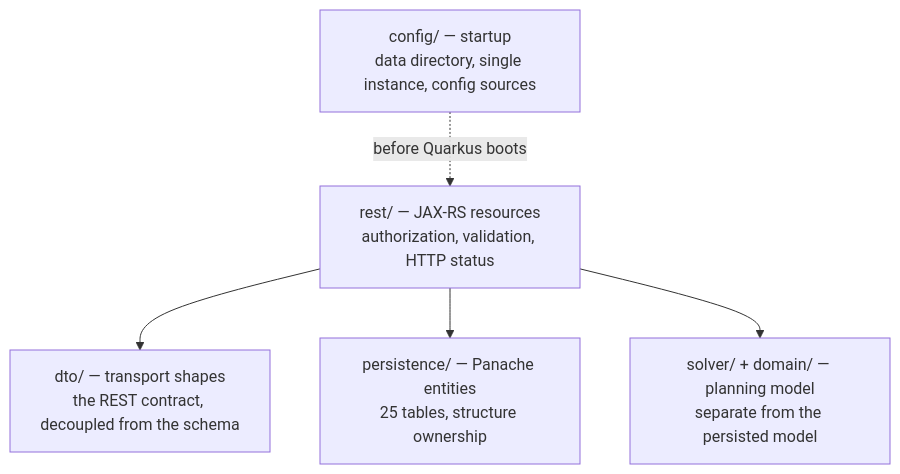
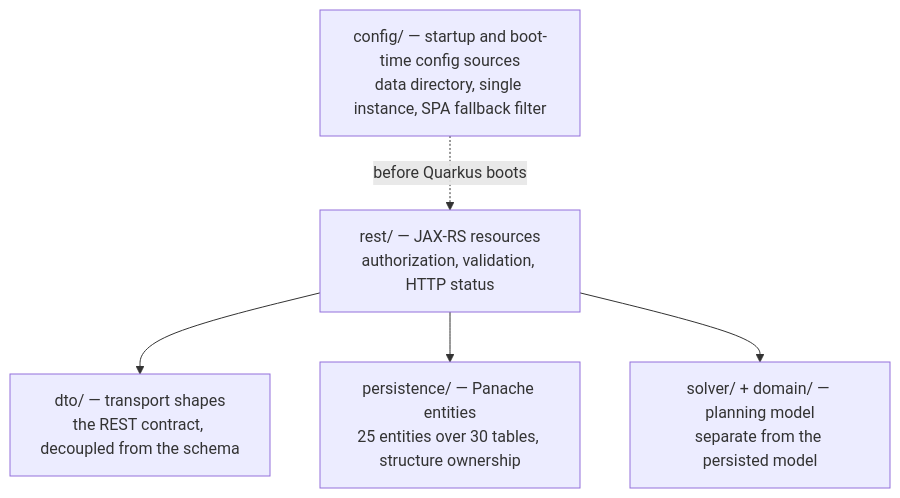
Before and after one commit to MirkoUgoliniDev/employee-scheduling: the third of 8 diagrams in docs/ARCHITECTURE.md, drawn with Mermaid. The commit also changed other lines of this file and 9 other files, not shown here.

````diff
--- a/docs/ARCHITECTURE.md
+++ b/docs/ARCHITECTURE.md
@@ -113,13 +123,13 @@
 ```mermaid
 flowchart TB
     R["rest/ — JAX-RS resources<br/>authorization, validation, HTTP status"]
     D["dto/ — transport shapes<br/>the REST contract, decoupled from the schema"]
-    P["persistence/ — Panache entities<br/>25 tables, structure ownership"]
+    P["persistence/ — Panache entities<br/>25 entities over 30 tables, structure ownership"]
     S["solver/ + domain/ — planning model<br/>separate from the persisted model"]
-    C["config/ — startup<br/>data directory, single instance, config sources"]
+    C["config/ — startup and boot-time config sources<br/>data directory, single instance, SPA fallback filter"]
 
     R --> D
     R --> P
     R --> S
     C -.->|"before Quarkus boots"| R
 ```
````
